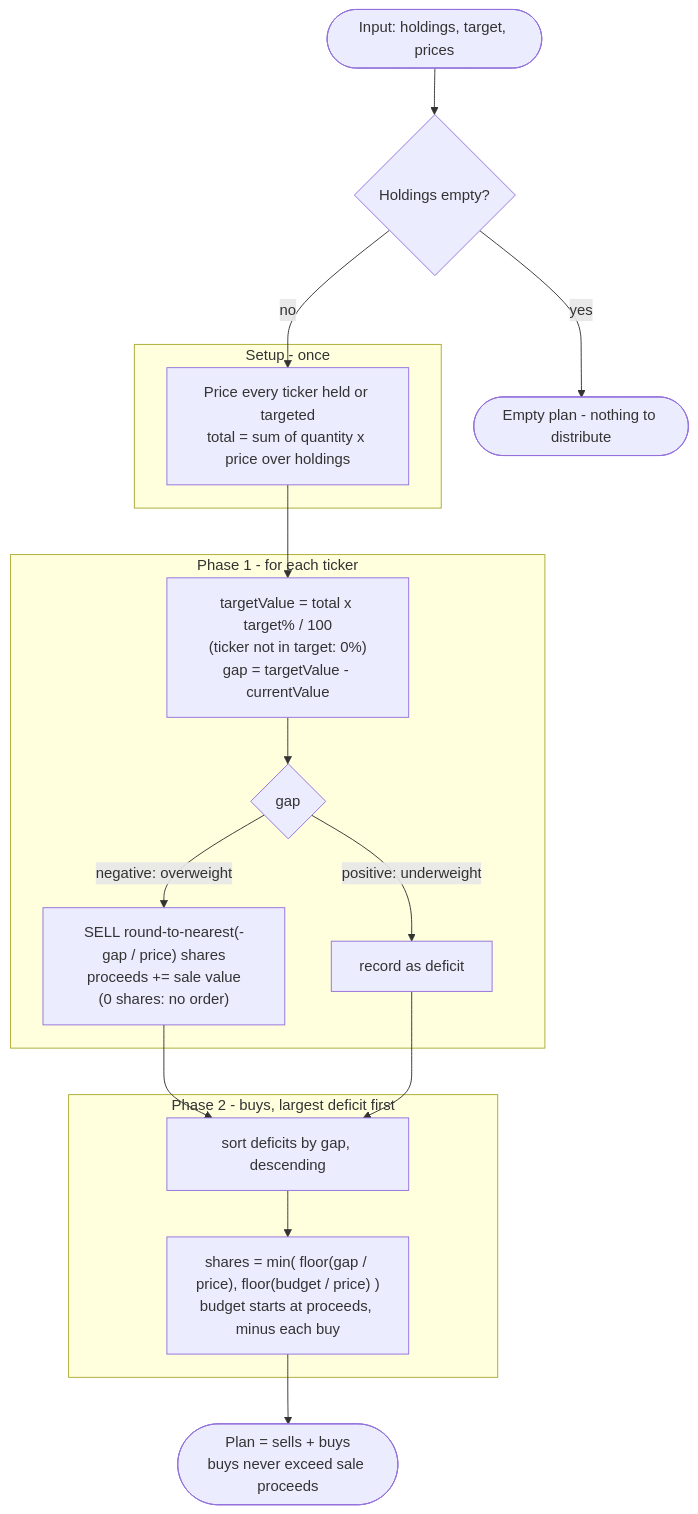
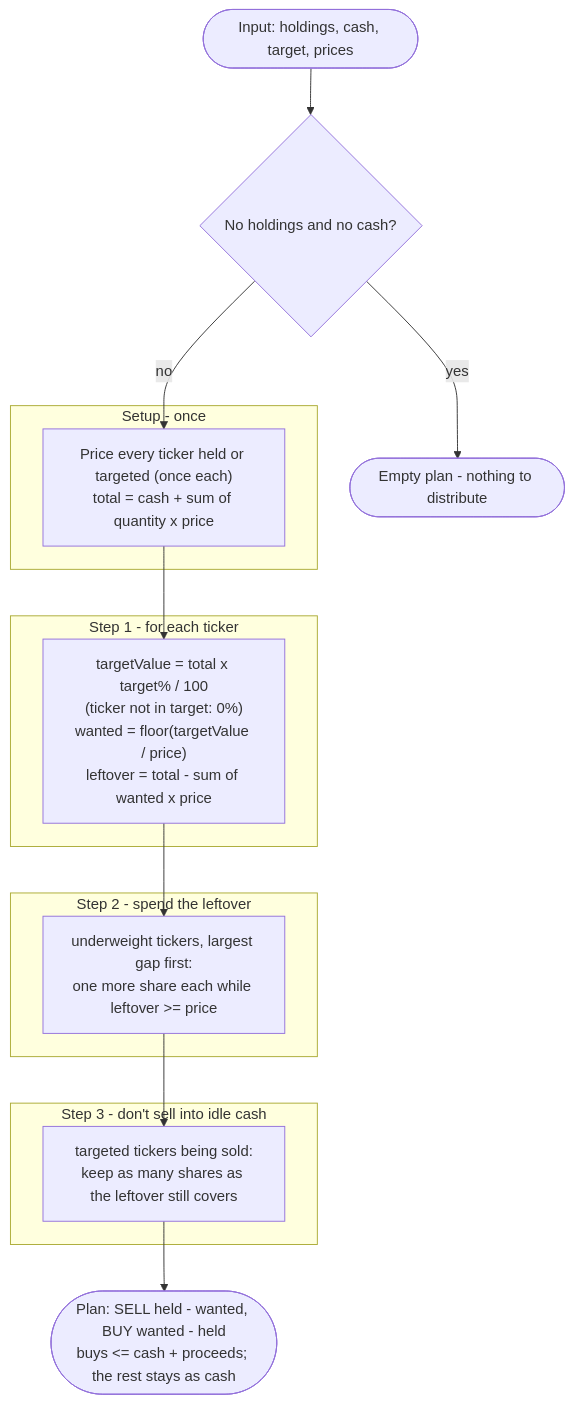
Before and after one commit to carlos-vegamu/PortfolioManagement: the fourth of 5 diagrams in docs/ARCHITECTURE.md, drawn with Mermaid. The commit also changed other lines of this file and 33 other files, not shown here.

````diff
--- a/docs/ARCHITECTURE.md
+++ b/docs/ARCHITECTURE.md
@@ -242,36 +271,32 @@
 ```mermaid
 flowchart TD
-    A(["Input: holdings, target, prices"])
-    B{"Holdings empty?"}
+    A(["Input: holdings, cash, target, prices"])
+    B{"No holdings and no cash?"}
     Z(["Empty plan - nothing to distribute"])
 
     subgraph setup["Setup - once"]
-        C["Price every ticker held or targeted<br/>total = sum of quantity x price over holdings"]
+        C["Price every ticker held or targeted (once each)<br/>total = cash + sum of quantity x price"]
     end
 
-    subgraph sells["Phase 1 - for each ticker"]
-        D["targetValue = total x target% / 100<br/>(ticker not in target: 0%)<br/>gap = targetValue - currentValue"]
-        F{"gap"}
-        G["SELL round-to-nearest(-gap / price) shares<br/>proceeds += sale value<br/>(0 shares: no order)"]
-        H["record as deficit"]
+    subgraph step1["Step 1 - for each ticker"]
+        D["targetValue = total x target% / 100<br/>(ticker not in target: 0%)<br/>wanted = floor(targetValue / price)<br/>leftover = total - sum of wanted x price"]
     end
 
-    subgraph buys["Phase 2 - buys, largest deficit first"]
-        J["sort deficits by gap, descending"]
-        K["shares = min( floor(gap / price), floor(budget / price) )<br/>budget starts at proceeds, minus each buy"]
+    subgraph step2["Step 2 - spend the leftover"]
+        E["underweight tickers, largest gap first:<br/>one more share each while leftover >= price"]
     end
 
-    L(["Plan = sells + buys<br/>buys never exceed sale proceeds"])
+    subgraph step3["Step 3 - don't sell into idle cash"]
+        F["targeted tickers being sold:<br/>keep as many shares as the leftover still covers"]
+    end
+
+    L(["Plan: SELL held - wanted, BUY wanted - held<br/>buys <= cash + proceeds; the rest stays as cash"])
 
     A --> B
     B -- yes --> Z
     B -- no --> C
     C --> D
-    D --> F
-    F -- "negative: overweight" --> G
-    F -- "positive: underweight" --> H
-    G --> J
-    H --> J
-    J --> K
-    K --> L
+    D --> E
+    E --> F
+    F --> L
 ```
````
